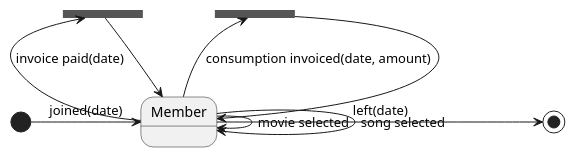
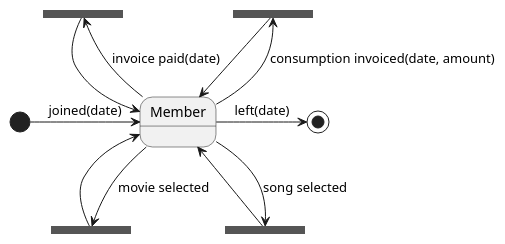
Before and after one commit to BenjaminCB/su: the first of 2 diagrams in 5_lecture/diagrams.md, drawn with PlantUML. The commit also changed 3 other files, not shown here.

````diff
--- a/5_lecture/diagrams.md
+++ b/5_lecture/diagrams.md
@@ -1,17 +1,23 @@
 ```plantuml
 state Member
 state join1 <<fork>>
 state join2 <<fork>>
+state join3 <<fork>>
+state join4 <<fork>>
 
 [*] -> Member : joined(date)
 
+join1 -down-> Member
 Member -up-> join1 : consumption invoiced(date, amount)
-join1 -down-> Member
 
+join2 -down-> Member
 Member -up-> join2 : invoice paid(date)
-join2 -down-> Member
 
-Member -down-> Member : movie selected
-Member -down-> Member : song selected
+join3 -up-> Member
+Member -down-> join3 : movie selected
+
+join4 -up-> Member
+Member -down-> join4 : song selected
+
 Member -> [*] : left(date)
 ```
````
